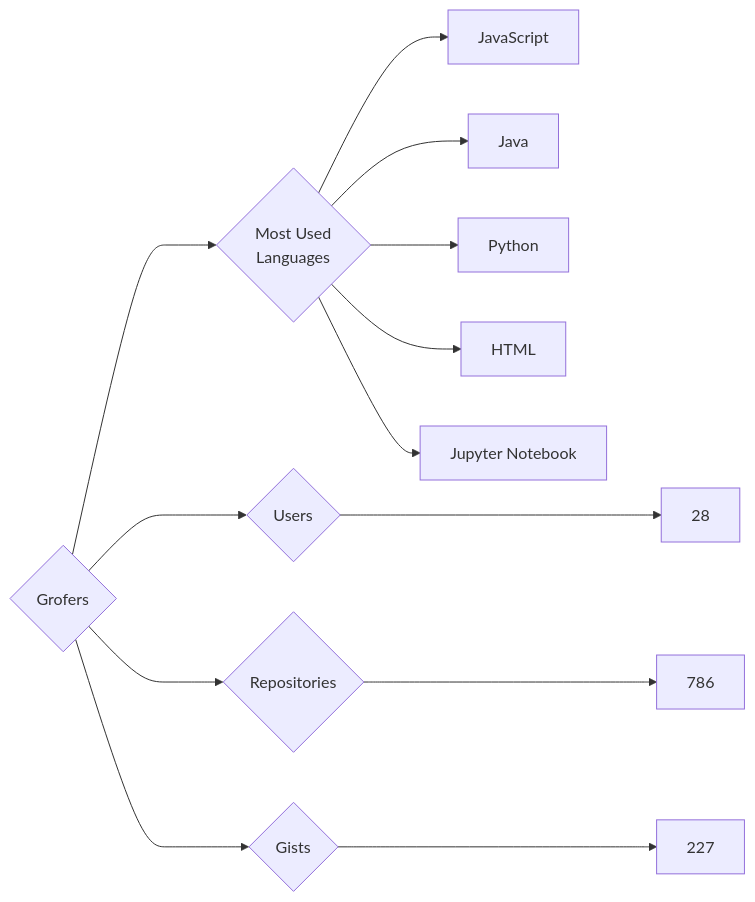
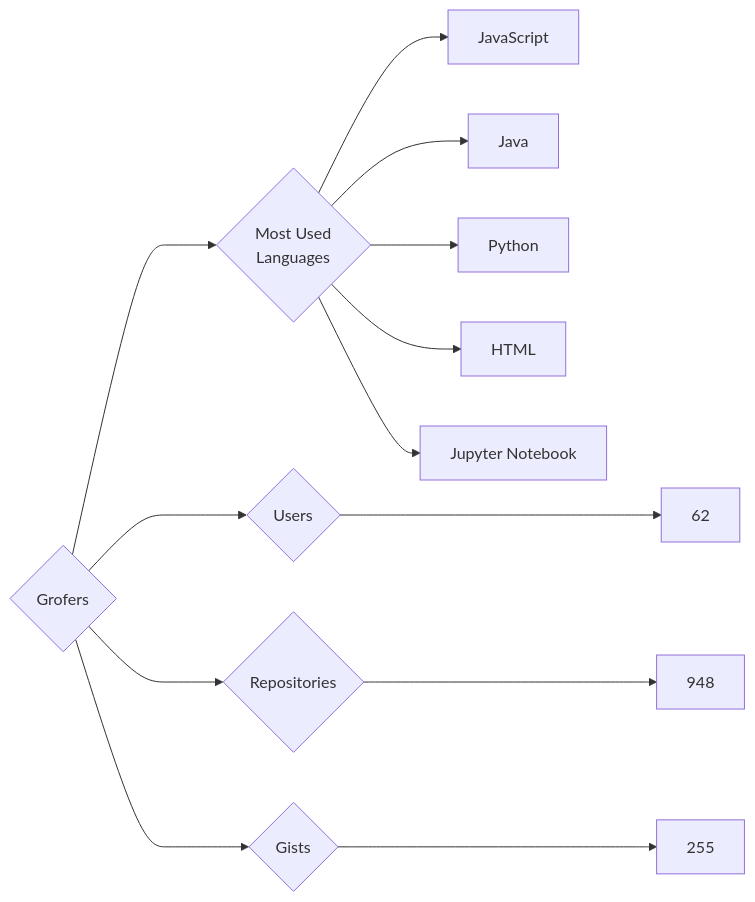
The diagram in targets/Grofers/README.md (trickest/insiders), drawn with Mermaid before and after one commit. The commit also changed 823 other files, not shown here.

````diff
--- a/targets/Grofers/README.md
+++ b/targets/Grofers/README.md
@@ -3,13 +3,13 @@
 ```mermaid
 graph LR
 COMPANY_NAME{Grofers}
-COMPANY_NAME ---> U{Users} ---> UN[28]
-COMPANY_NAME ---> R{Repositories} ---> RN[786]
-COMPANY_NAME ---> G{Gists} ---> GN[227]
+COMPANY_NAME ---> U{Users} ---> UN[62]
+COMPANY_NAME ---> R{Repositories} ---> RN[948]
+COMPANY_NAME ---> G{Gists} ---> GN[255]
 COMPANY_NAME ---> ML{Most Used<br>Languages}
 ML --> JavaScript[JavaScript]
 ML --> Java[Java]
 ML --> Python[Python]
 ML --> HTML[HTML]
 ML --> Jupyter_Notebook[Jupyter Notebook]
 ```
````
